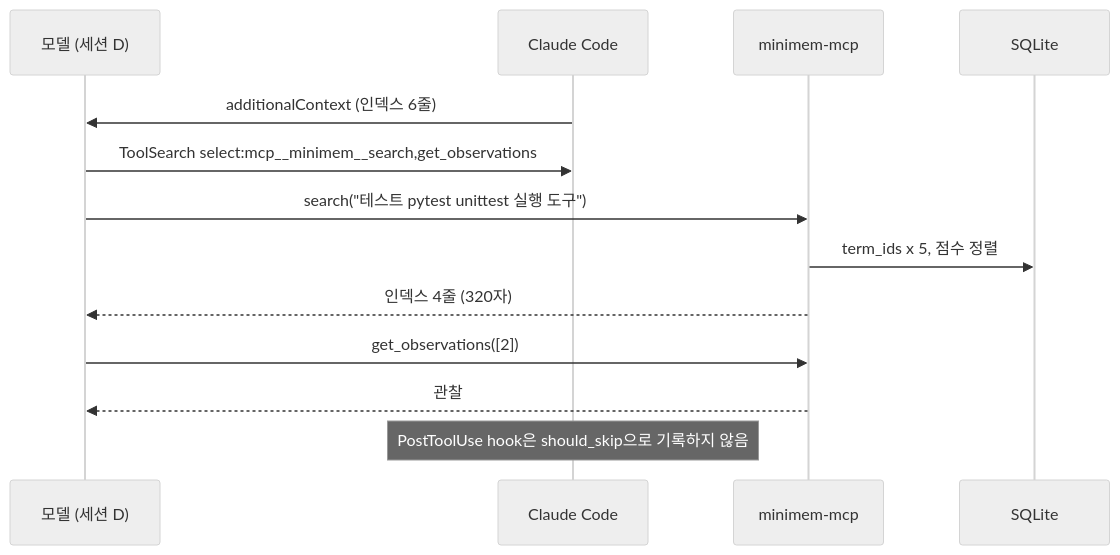
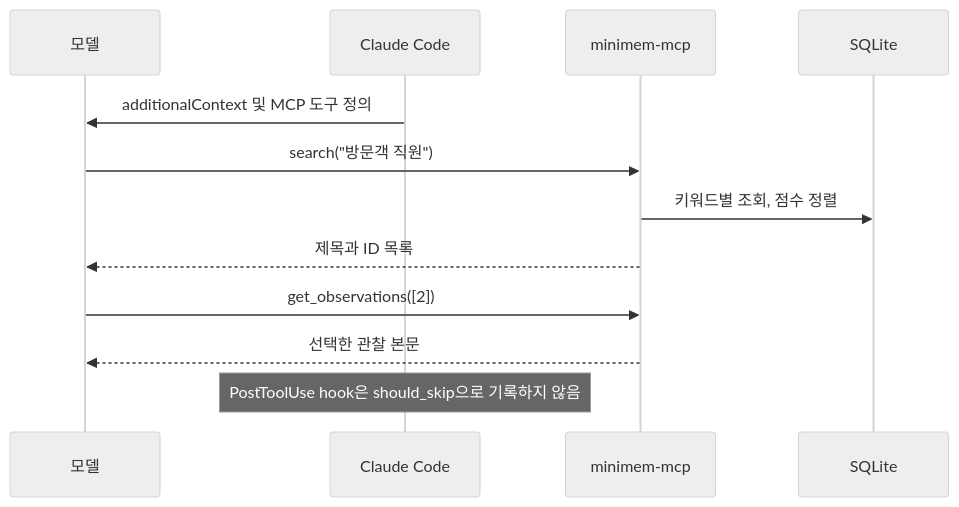
One commit to choisungwook/portfolio changed the diagram in computer_science/ai/claude-mem-agent-memory/docs/6-mcp-search.md. Above: the diagram before and after it, drawn with Mermaid (neutral theme). The commit also changed other lines of this file and 48 other files, not shown here.

````diff
--- a/computer_science/ai/claude-mem-agent-memory/docs/6-mcp-search.md
+++ b/computer_science/ai/claude-mem-agent-memory/docs/6-mcp-search.md
@@ -56,15 +73,14 @@
 ```mermaid
 sequenceDiagram
-  participant M as 모델 (세션 D)
+  participant M as 모델
   participant CC as Claude Code
   participant S as minimem-mcp
   participant DB as SQLite
-  CC->>M: additionalContext (인덱스 6줄)
-  M->>CC: ToolSearch select:mcp__minimem__search,get_observations
-  M->>S: search("테스트 pytest unittest 실행 도구")
-  S->>DB: term_ids x 5, 점수 정렬
-  S-->>M: 인덱스 4줄 (320자)
+  CC->>M: additionalContext 및 MCP 도구 정의
+  M->>S: search("방문객 직원")
+  S->>DB: 키워드별 조회, 점수 정렬
+  S-->>M: 제목과 ID 목록
   M->>S: get_observations([2])
-  S-->>M: 관찰 #2 본문 (359자)
+  S-->>M: 선택한 관찰 본문
   Note over CC: PostToolUse hook은 should_skip으로 기록하지 않음
 ```
````
